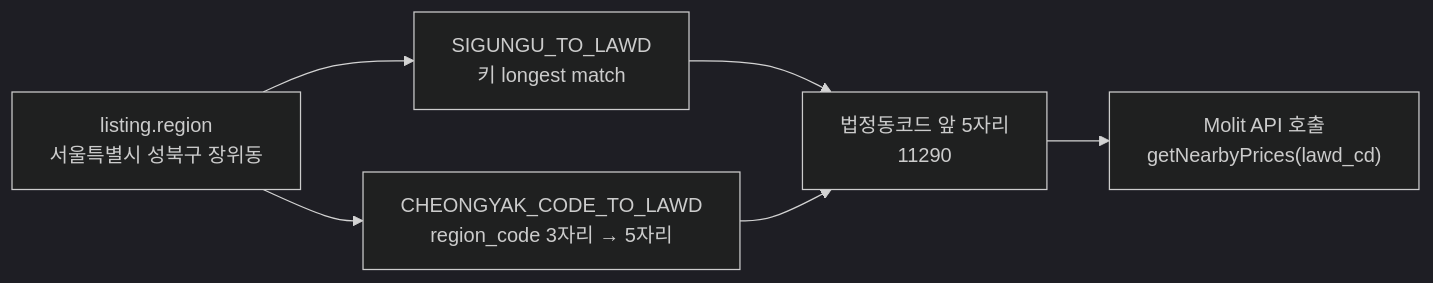
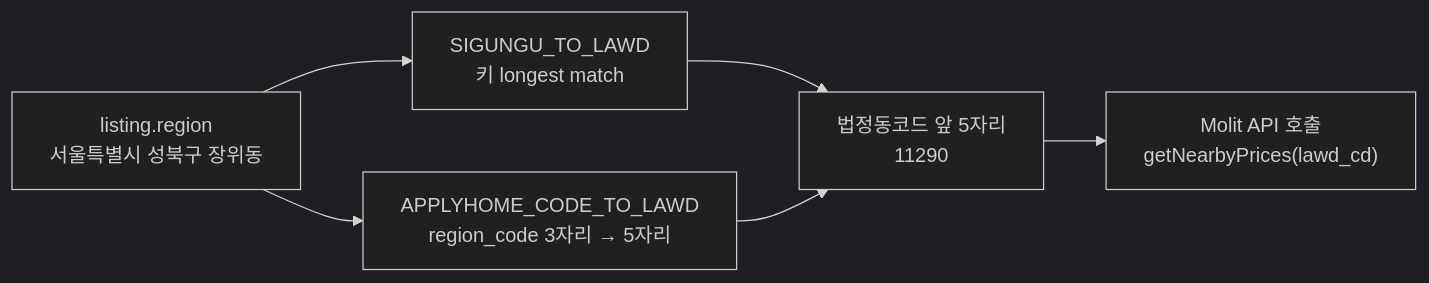
Before and after one commit to icarus-inte01/sandbox: diagram 16 of 17 in housing/DESIGN.md, drawn with Mermaid (dark theme). The commit also changed other lines of this file and 9 other files, not shown here.

Commit message:
refactor: cheongyak → applyhome 리네이밍 — 공식 API명(ApplyhomeInfoDetailSvc) 기준

````diff
--- a/housing/DESIGN.md
+++ b/housing/DESIGN.md
@@ -921,9 +921,9 @@
 ```mermaid
 flowchart LR
     LISTING["listing.region<br/>서울특별시 성북구 장위동"] --> SIGUNGU["SIGUNGU_TO_LAWD<br/>키 longest match"]
     SIGUNGU --> LAWD["법정동코드 앞 5자리<br/>11290"]
-    LISTING --> FALLBACK["CHEONGYAK_CODE_TO_LAWD<br/>region_code 3자리 → 5자리"]
+    LISTING --> FALLBACK["APPLYHOME_CODE_TO_LAWD<br/>region_code 3자리 → 5자리"]
     FALLBACK --> LAWD
 
     LAWD --> MOLIT["Molit API 호출<br/>getNearbyPrices(lawd_cd)"]
 ```
````
